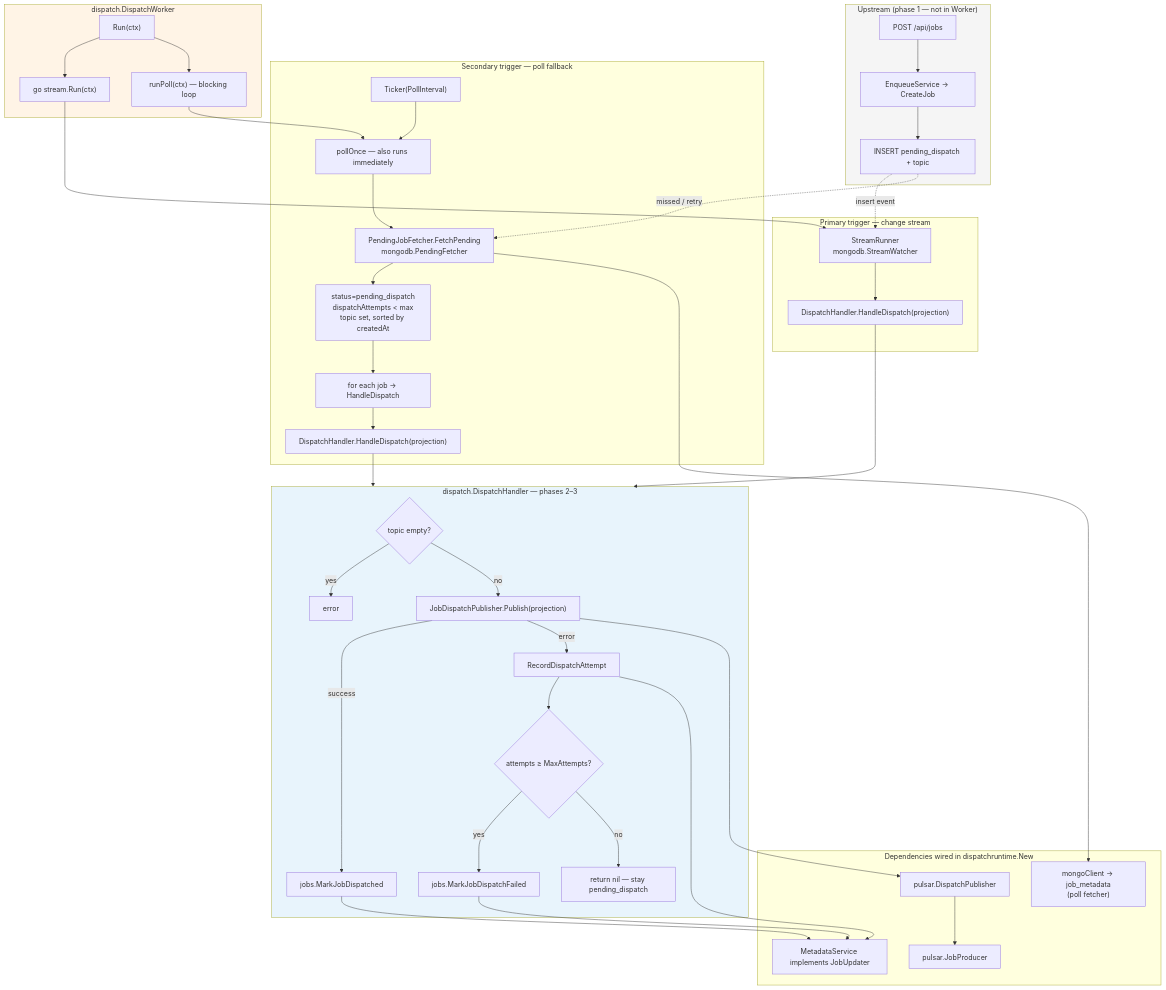
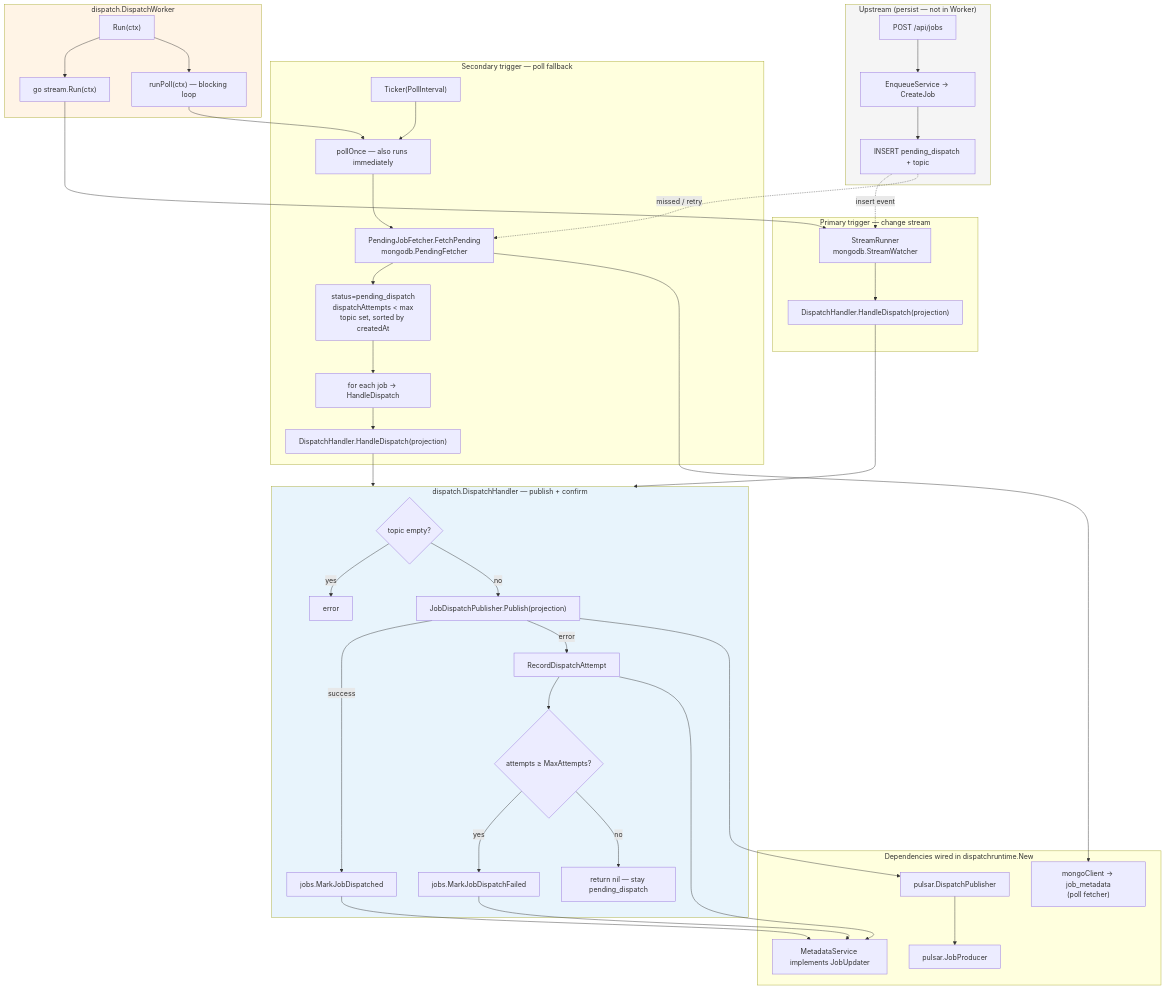
The second of 2 diagrams in docs/architecture/dispatch-worker.md (daconjurer/jobby), drawn with Mermaid before and after one commit. The commit also changed other lines of this file and 23 other files, not shown here.

````diff
--- a/docs/architecture/dispatch-worker.md
+++ b/docs/architecture/dispatch-worker.md
@@ -113,74 +113,74 @@
 ```mermaid
 flowchart TB
     subgraph worker["dispatch.DispatchWorker"]
         RUN["Run(ctx)"]
         GO["go stream.Run(ctx)"]
         POLL["runPoll(ctx) — blocking loop"]
         RUN --> GO
         RUN --> POLL
     end
 
     subgraph primary["Primary trigger — change stream"]
         SW["StreamRunner<br/>mongodb.StreamWatcher"]
         GO --> SW
         SW --> H1["DispatchHandler.HandleDispatch(projection)"]
     end
 
     subgraph secondary["Secondary trigger — poll fallback"]
         TICK["Ticker(PollInterval)"]
         ONCE["pollOnce — also runs immediately"]
         FETCH["PendingJobFetcher.FetchPending<br/>mongodb.PendingFetcher"]
         BATCH["status=pending_dispatch<br/>dispatchAttempts &lt; max<br/>topic set, sorted by createdAt"]
         LOOP["for each job → HandleDispatch"]
         POLL --> ONCE
         ONCE --> FETCH
         TICK --> ONCE
         FETCH --> BATCH --> LOOP
         LOOP --> H2["DispatchHandler.HandleDispatch(projection)"]
     end
 
-    subgraph saga["dispatch.DispatchHandler — phases 2–3"]
+    subgraph saga["dispatch.DispatchHandler — publish + confirm"]
         TOPIC{"topic empty?"}
         PUB["JobDispatchPublisher.Publish(projection)"]
         OK["jobs.MarkJobDispatched"]
         FAIL["RecordDispatchAttempt"]
         MAX{"attempts ≥ MaxAttempts?"}
         DFAIL["jobs.MarkJobDispatchFailed"]
         STAY["return nil — stay pending_dispatch"]
         TOPIC -->|yes| ERR["error"]
         TOPIC -->|no| PUB
         PUB -->|success| OK
         PUB -->|error| FAIL --> MAX
         MAX -->|yes| DFAIL
         MAX -->|no| STAY
     end
 
     subgraph deps["Dependencies wired in dispatchruntime.New"]
         PUB_ADP["pulsar.DispatchPublisher"]
         PROD["pulsar.JobProducer"]
         META["MetadataService implements JobUpdater"]
         JOBS_COLL["mongoClient → job_metadata<br/>(poll fetcher)"]
     end
 
     H1 --> saga
     H2 --> saga
     PUB --> PUB_ADP --> PROD
     OK --> META
     FAIL --> META
     DFAIL --> META
     FETCH --> JOBS_COLL
 
-    subgraph upstream["Upstream (phase 1 — not in Worker)"]
+    subgraph upstream["Upstream (persist — not in Worker)"]
         HTTP["POST /api/jobs"]
         ENQ["EnqueueService → CreateJob"]
         INS["INSERT pending_dispatch + topic"]
         HTTP --> ENQ --> INS
     end
 
     INS -.->|insert event| SW
     INS -.->|missed / retry| FETCH
 
     style worker fill:#fff4e6
     style saga fill:#e8f4fc
     style upstream fill:#f5f5f5
 ```
````
